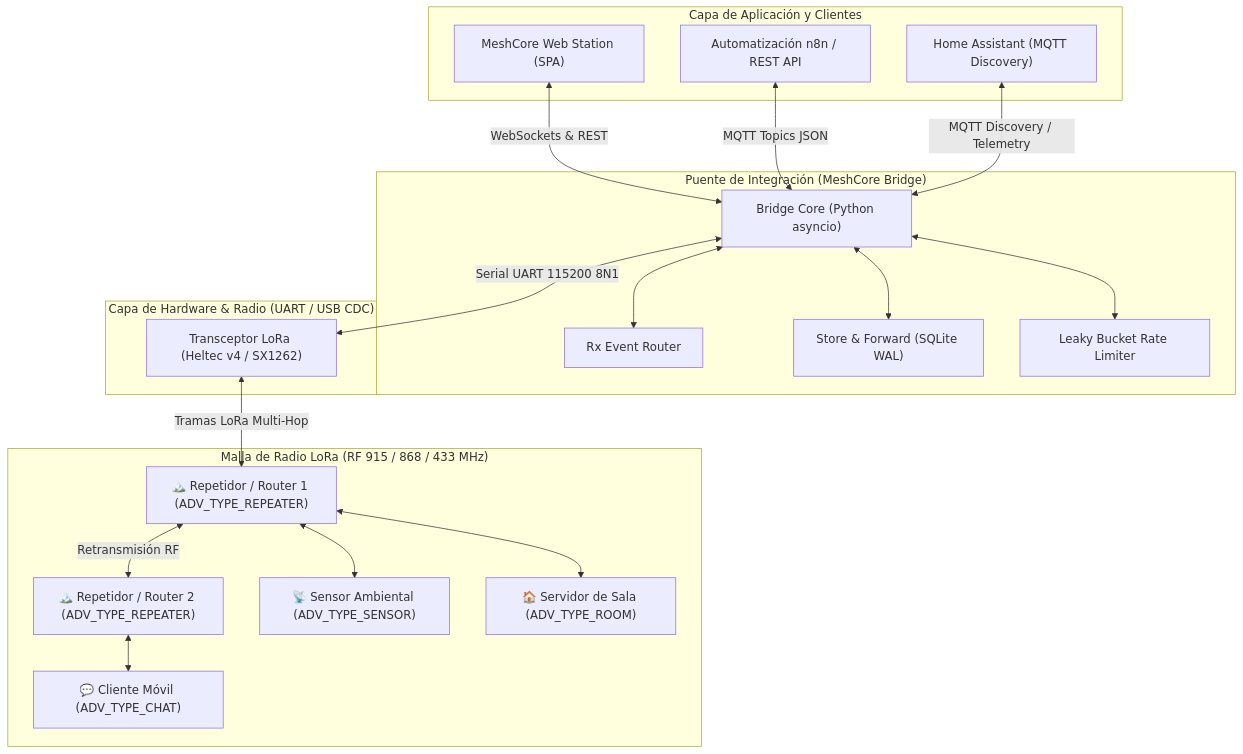
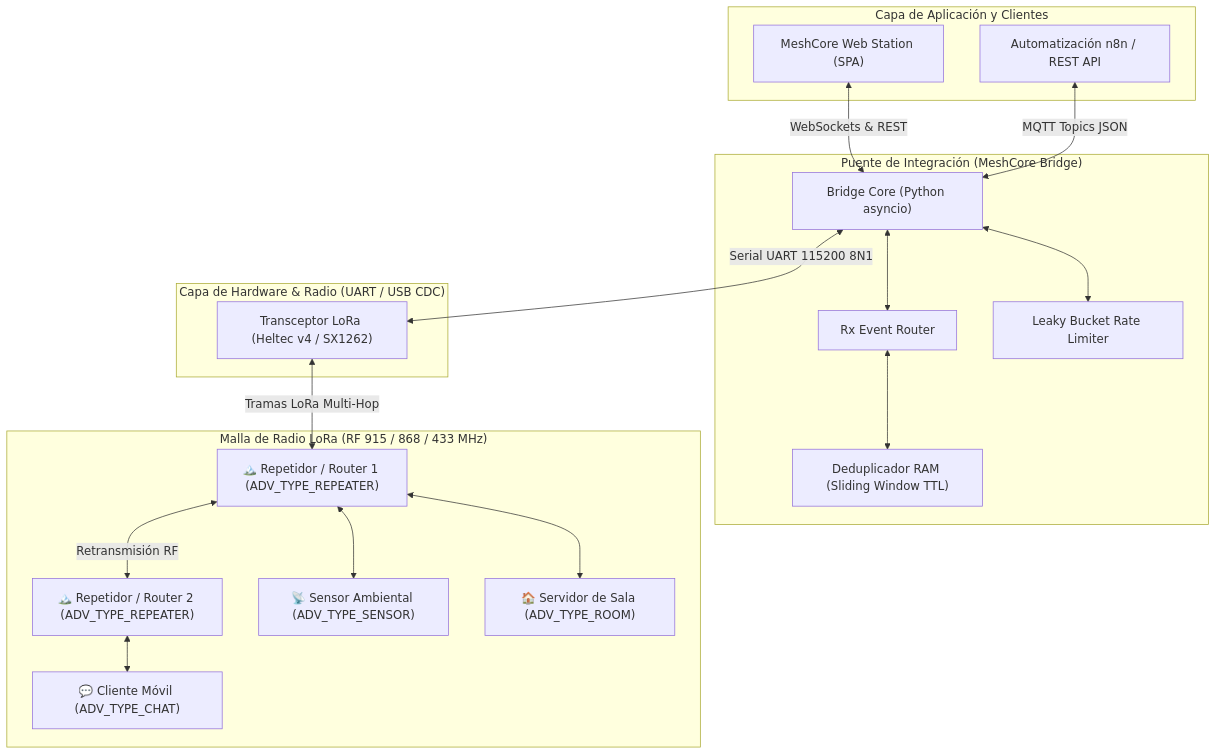
The diagram in deploy/docs/PROTOCOL_SPEC.md (cyber89/meshcore-bridge-client), drawn with Mermaid before and after one commit. The commit also changed 62 other files, not shown here.

````diff
--- a/deploy/docs/PROTOCOL_SPEC.md
+++ b/deploy/docs/PROTOCOL_SPEC.md
@@ -21,40 +21,38 @@
 ```mermaid
 graph TD
     subgraph "Capa de Aplicación y Clientes"
         WebStation["MeshCore Web Station (SPA)"]
         N8N["Automatización n8n / REST API"]
-        HomeAssistant["Home Assistant (MQTT Discovery)"]
     end
 
     subgraph "Puente de Integración (MeshCore Bridge)"
         BridgeCore["Bridge Core (Python asyncio)"]
         RxRouter["Rx Event Router"]
-        StoreForward["Store & Forward (SQLite WAL)"]
+        Dedup["Deduplicador RAM (Sliding Window TTL)"]
         RateLimiter["Leaky Bucket Rate Limiter"]
     end
 
     subgraph "Capa de Hardware & Radio (UART / USB CDC)"
         Heltec["Transceptor LoRa (Heltec v4 / SX1262)"]
     end
 
     subgraph "Malla de Radio LoRa (RF 915 / 868 / 433 MHz)"
         Router1["🏔️ Repetidor / Router 1 (ADV_TYPE_REPEATER)"]
         Router2["🏔️ Repetidor / Router 2 (ADV_TYPE_REPEATER)"]
         ClientNode["💬 Cliente Móvil (ADV_TYPE_CHAT)"]
         SensorNode["📡 Sensor Ambiental (ADV_TYPE_SENSOR)"]
         RoomServer["🏠 Servidor de Sala (ADV_TYPE_ROOM)"]
     end
 
     WebStation <-->|WebSockets & REST| BridgeCore
     N8N <-->|MQTT Topics JSON| BridgeCore
-    HomeAssistant <-->|MQTT Discovery / Telemetry| BridgeCore
     BridgeCore <--> RxRouter
-    BridgeCore <--> StoreForward
+    RxRouter <--> Dedup
     BridgeCore <--> RateLimiter
     BridgeCore <-->|Serial UART 115200 8N1| Heltec
     Heltec <-->|Tramas LoRa Multi-Hop| Router1
     Router1 <-->|Retransmisión RF| Router2
     Router2 <--> ClientNode
     Router1 <--> SensorNode
     Router1 <--> RoomServer
 ```
````
